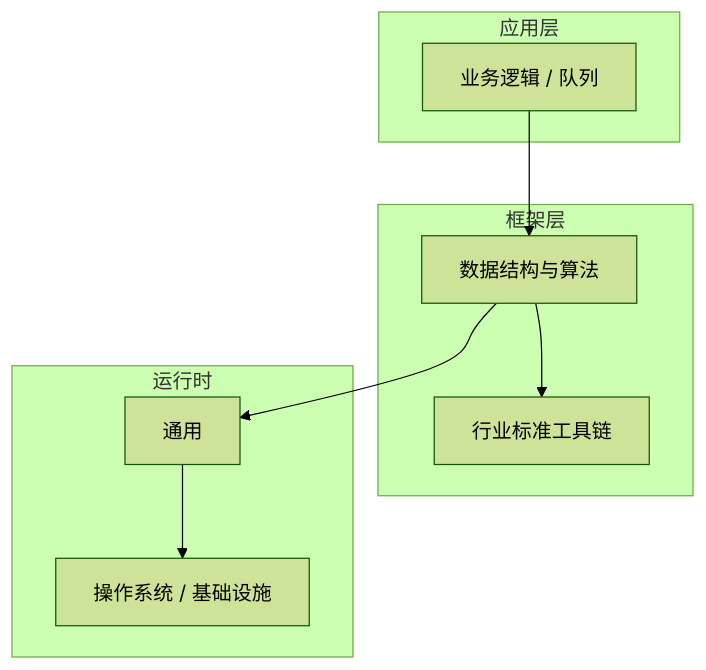
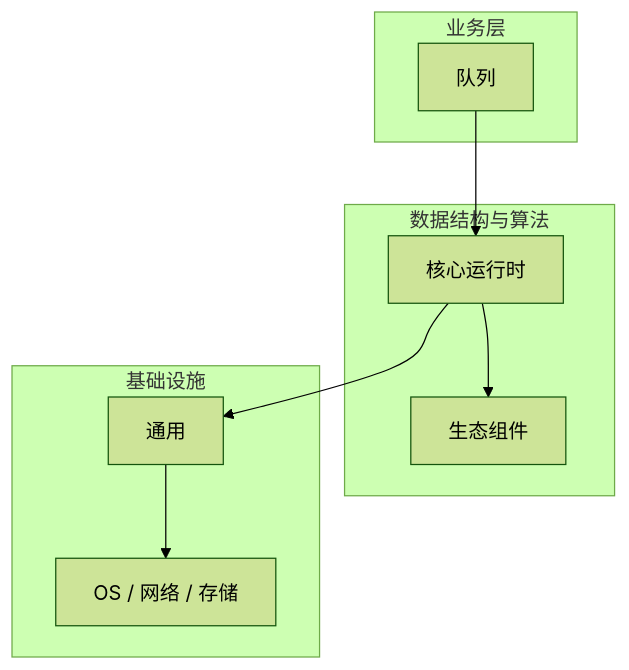
One commit to yanggan2015/knowledge-json-v2 changed the diagram in articles/数据结构与算法/chapters/046-队列核心概念与原理.md. Above: the diagram before and after it, drawn with Mermaid (forest theme). The commit also changed other lines of this file and 10127 other files, not shown here.

````diff
--- a/articles/数据结构与算法/chapters/046-队列核心概念与原理.md
+++ b/articles/数据结构与算法/chapters/046-队列核心概念与原理.md
@@ -45,18 +30,18 @@
 ```mermaid
 graph TB
-    subgraph 应用层
-        A[业务逻辑 / 队列]
+    subgraph 业务层
+        A[队列]
     end
-    subgraph 框架层
-        B[数据结构与算法]
-        C[行业标准工具链]
+    subgraph 数据结构与算法
+        B[核心运行时]
+        C[生态组件]
     end
-    subgraph 运行时
+    subgraph 基础设施
         D[通用]
-        E[操作系统 / 基础设施]
+        E[OS / 网络 / 存储]
     end
     A --> B
     B --> C
     B --> D
     D --> E
 ```
````
